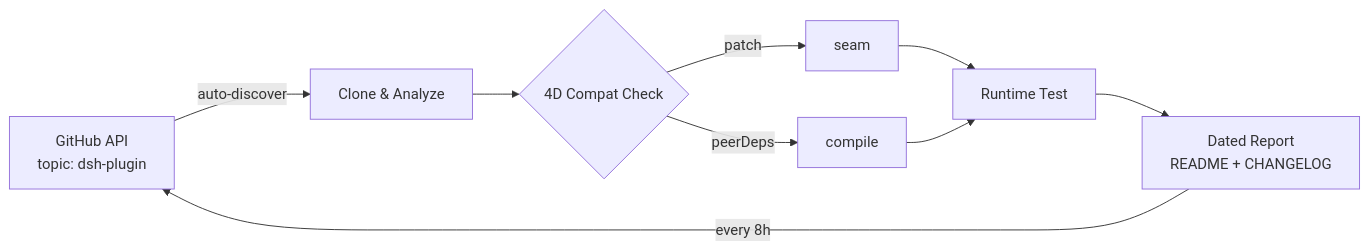
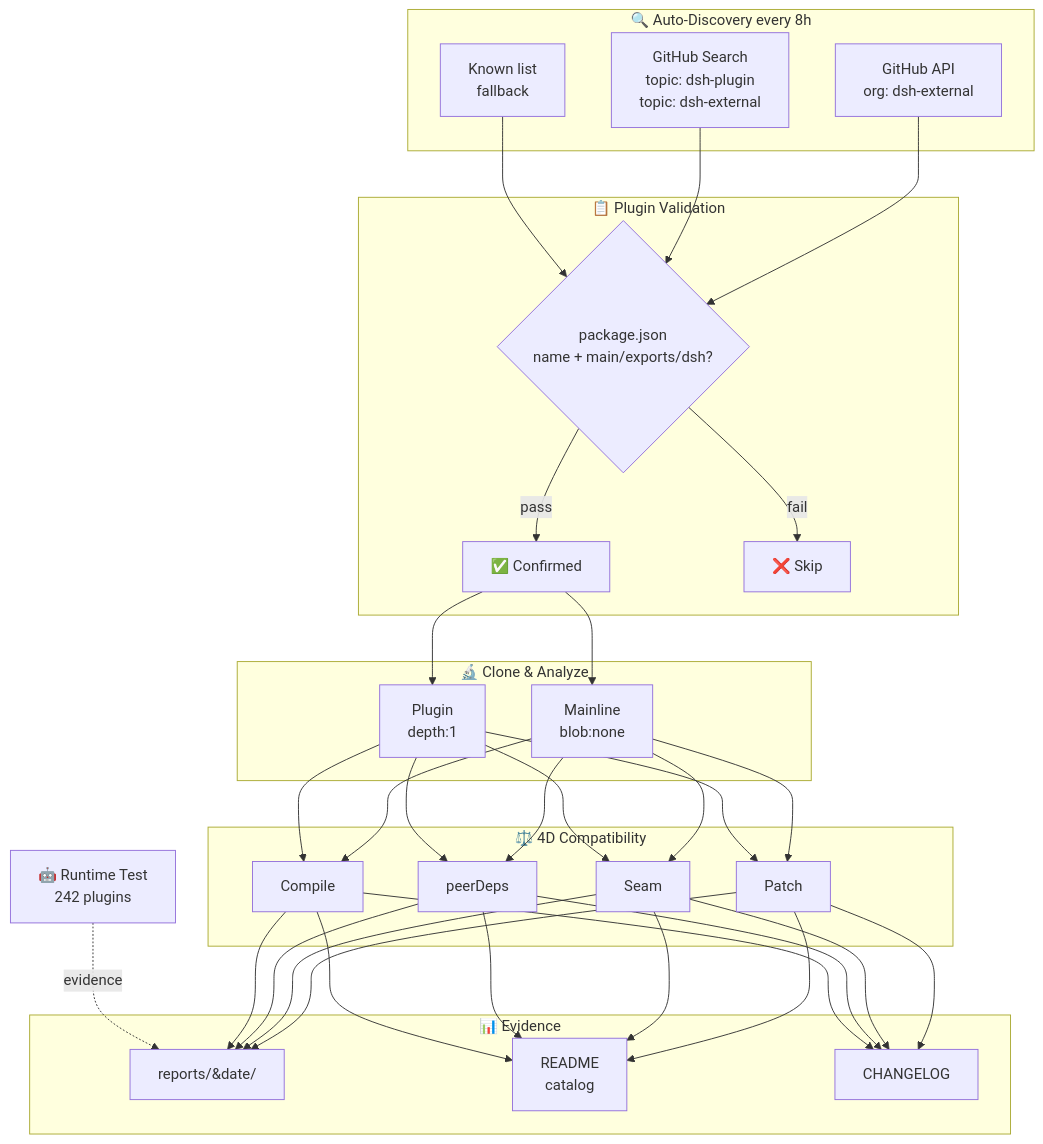
Before and after one commit to AdamPlatin123/awesome-dsh-plugins: the diagram in README.md, drawn with Mermaid. The commit also changed other lines of this file and 1 other file, not shown here.

Commit message:
feat: 中英文 README 拆分为两个文件（README.md 英文 + README.zh-CN.md 中文），互相链接；架构图完善为三路发现+验证+四维+运行实测

````diff
--- a/README.md
+++ b/README.md
@@ -17,10 +16,36 @@
 ```mermaid
-graph LR
-    A[GitHub API<br/>topic: dsh-plugin] -->|auto-discover| B[Clone & Analyze]
-    B --> C{4D Compat Check}
-    C -->|patch| D[seam]
-    C -->|peerDeps| E[compile]
-    D & E --> F[Runtime Test]
-    F --> G[Dated Report<br/>README + CHANGELOG]
-    G -->|every 8h| A
+graph TB
+    subgraph Discovery["🔍 Auto-Discovery every 8h"]
+        A1[GitHub API<br/>org: dsh-external]
+        A2[GitHub Search<br/>topic: dsh-plugin<br/>topic: dsh-external]
+        A3[Known list<br/>fallback]
+    end
+    subgraph Validation["📋 Plugin Validation"]
+        B1{package.json<br/>name + main/exports/dsh?}
+        B1 -->|pass| B2[✅ Confirmed]
+        B1 -->|fail| B3[❌ Skip]
+    end
+    subgraph Analysis["🔬 Clone & Analyze"]
+        C1[Mainline<br/>blob:none]
+        C2[Plugin<br/>depth:1]
+    end
+    subgraph Compat["⚖️ 4D Compatibility"]
+        D1[Patch]
+        D2[Seam]
+        D3[peerDeps]
+        D4[Compile]
+    end
+    subgraph Output["📊 Evidence"]
+        E1[reports/&#8203;date/]
+        E2[README<br/>catalog]
+        E3[CHANGELOG]
+    end
+    RT[🤖 Runtime Test<br/>242 plugins]
+    A1 --> B1
+    A2 --> B1
+    A3 --> B1
+    B2 --> C1 & C2
+    C1 & C2 --> D1 & D2 & D3 & D4
+    D1 & D2 & D3 & D4 --> E1 & E2 & E3
+    RT -.->|evidence| E1
 ```
````
